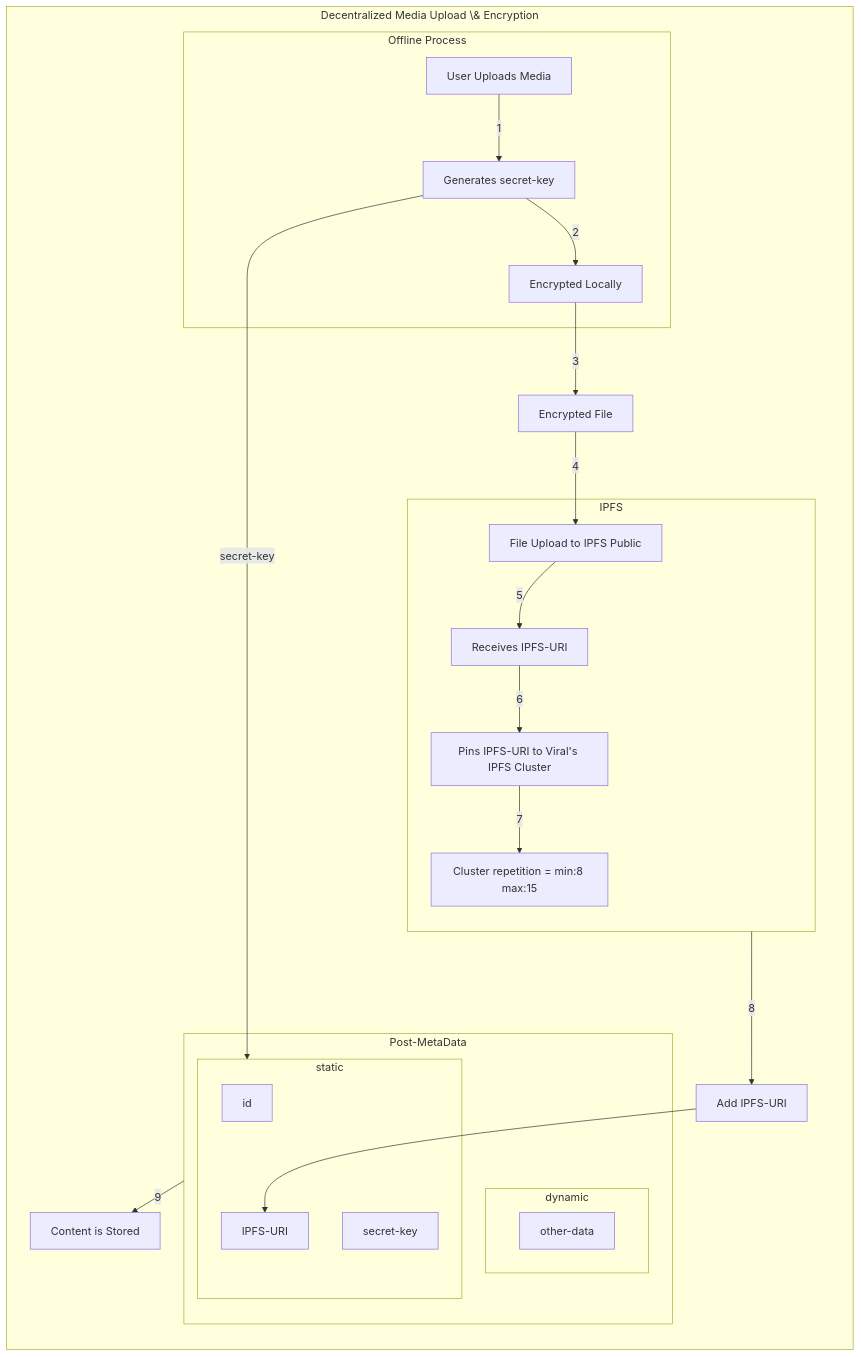
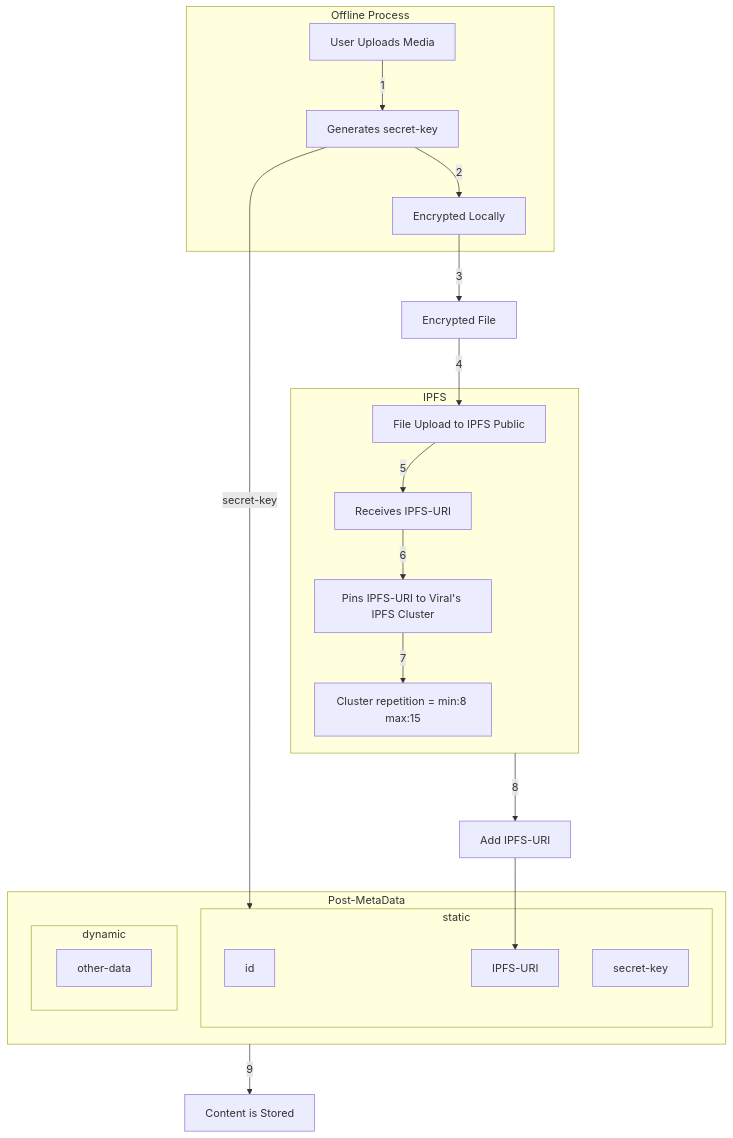
Before and after one commit to viralfoundation/Technical-Whitepaper-LaTeX: the fourth of 8 diagrams in README.md, drawn with Mermaid. The commit also changed other lines of this file and 11 other files, not shown here.

Commit message:
Flowchart Additions

````diff
--- a/README.md
+++ b/README.md
@@ -586,28 +586,29 @@
 ```mermaid
-  flowchart LR
-  subgraph Decentralized Media Upload \& Encryption
+
+flowchart TB
+  
   subgraph Offline Process
   A[User Uploads Media]--1-->B[Generates secret-key]
   B--2-->C[Encrypted Locally]
   end
   subgraph Post-MetaData
   subgraph static
   id
   IPFS-URI
   secret-key
   end
   subgraph dynamic
   other-data
   end
   end
   subgraph IPFS
   D[File Upload to IPFS Public]--5-->G[Receives IPFS-URI]
   G--6-->E[Pins IPFS-URI to Viral's IPFS Cluster]
   E--7-->F[Cluster repetition = min:8 max:15]
   end
   B--secret-key-->static
   IPFS--8------>K2[Add IPFS-URI]-->IPFS-URI
   C--3-->K1[Encrypted File]--4-->D
   Post-MetaData--9-->K3[Content is Stored]
-  end
+
 ```
````
